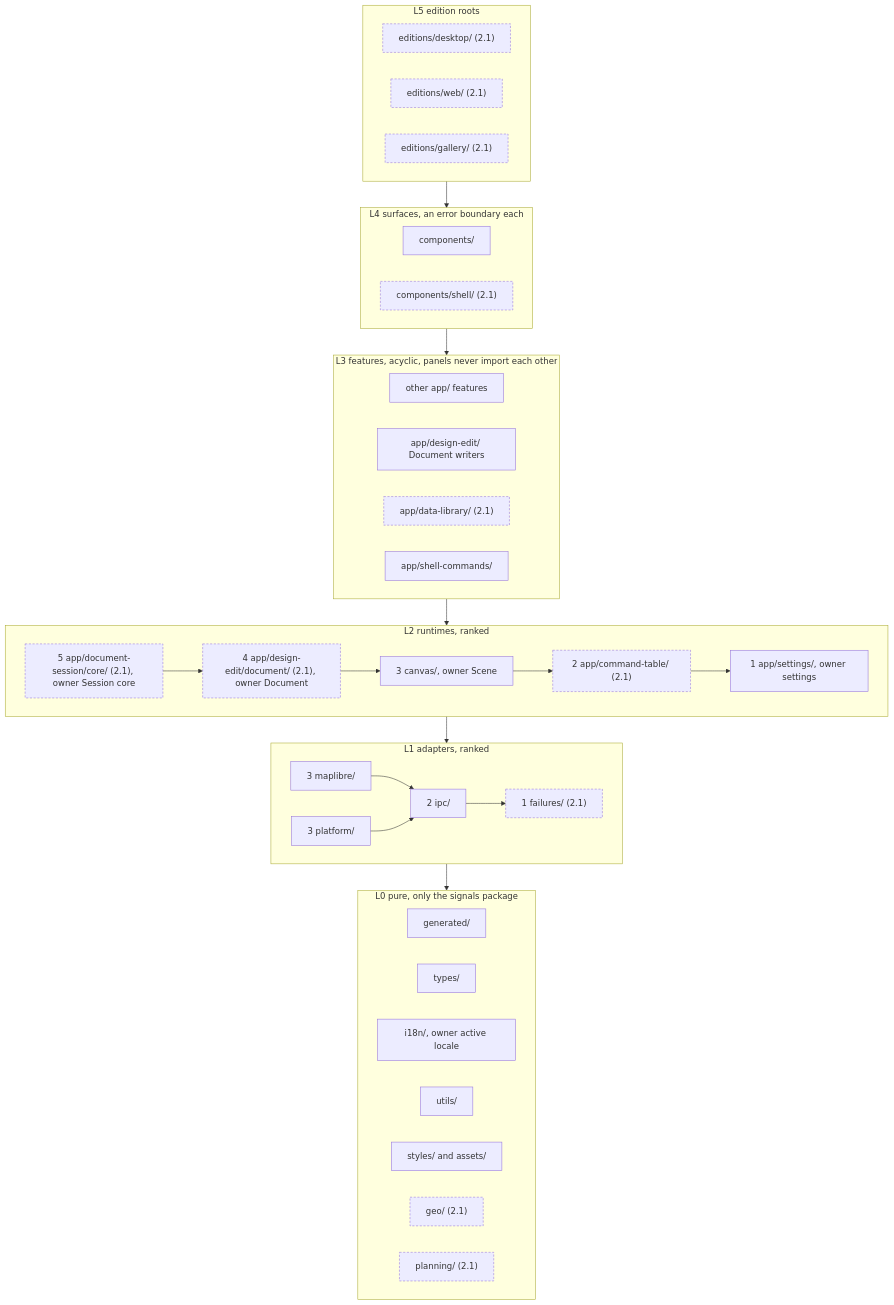
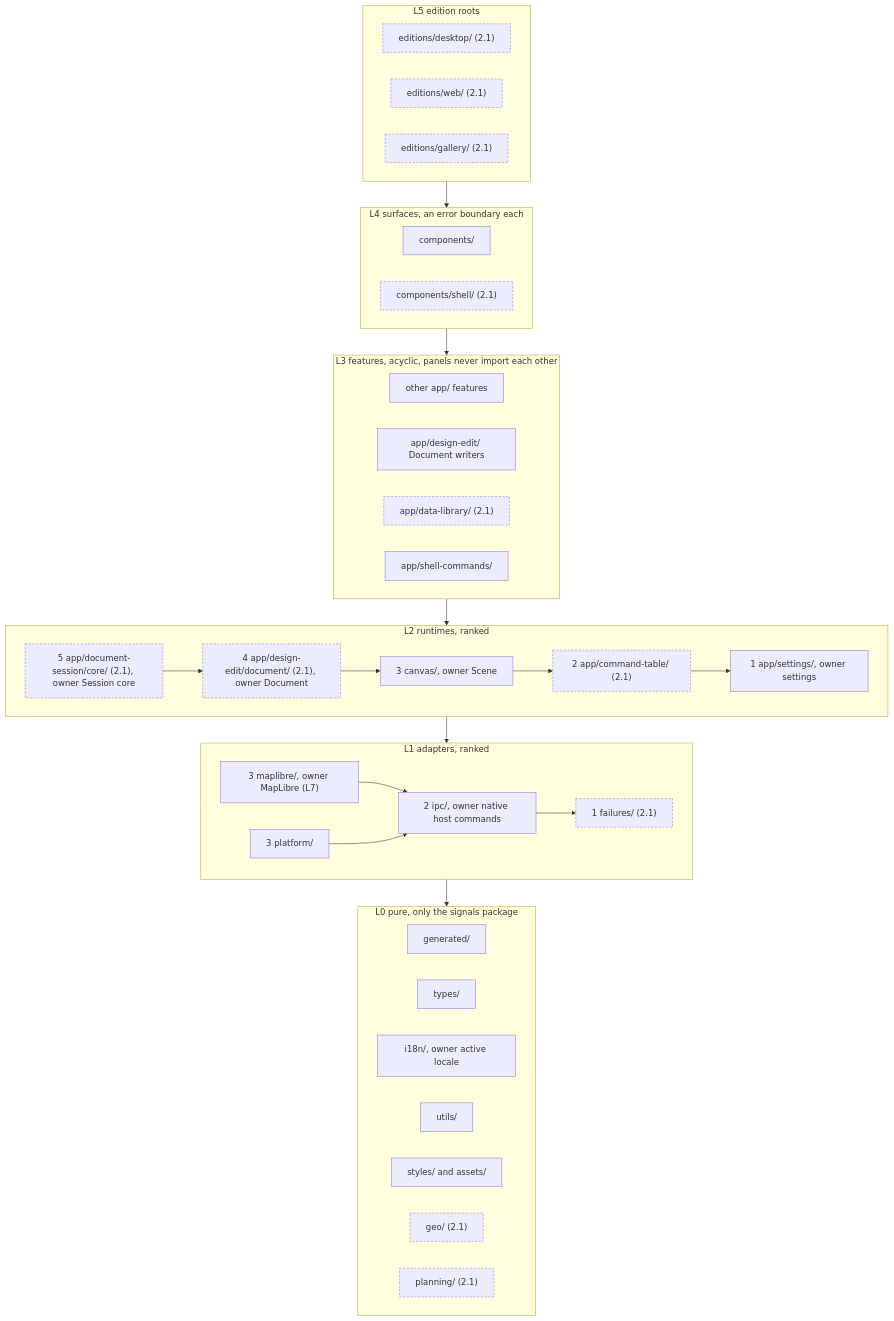
The fourth of 8 diagrams in docs/architecture/components.md (opencanopi/canopi), drawn with Mermaid before and after one commit. The commit also changed other lines of this file and 12 other files, not shown here.

````diff
--- a/docs/architecture/components.md
+++ b/docs/architecture/components.md
@@ -148,53 +148,53 @@
 ```mermaid
 flowchart TB
   classDef target stroke-dasharray: 4 3
   subgraph L5["L5 edition roots"]
     ed["editions/desktop/ (2.1)"]:::target
     ew["editions/web/ (2.1)"]:::target
     eg["editions/gallery/ (2.1)"]:::target
   end
   subgraph L4["L4 surfaces, an error boundary each"]
     comp["components/"]
     shellc["components/shell/ (2.1)"]:::target
   end
   subgraph L3["L3 features, acyclic, panels never import each other"]
     feat["other app/ features"]
     dedit["app/design-edit/ Document writers"]
     dlib["app/data-library/ (2.1)"]:::target
     sc["app/shell-commands/"]
   end
   subgraph L2["L2 runtimes, ranked"]
     set["1 app/settings/, owner settings"]
     cmd["2 app/command-table/ (2.1)"]:::target
     can["3 canvas/, owner Scene"]
     doc["4 app/design-edit/document/ (2.1), owner Document"]:::target
     core["5 app/document-session/core/ (2.1), owner Session core"]:::target
   end
   subgraph L1["L1 adapters, ranked"]
     fail["1 failures/ (2.1)"]:::target
-    ipc["2 ipc/"]
-    ml["3 maplibre/"]
+    ipc["2 ipc/, owner native host commands"]
+    ml["3 maplibre/, owner MapLibre (L7)"]
     plat["3 platform/"]
   end
   subgraph L0["L0 pure, only the signals package"]
     gen["generated/"]
     types["types/"]
     i18n["i18n/, owner active locale"]
     utils["utils/"]
     sty["styles/ and assets/"]
     geo["geo/ (2.1)"]:::target
     plan["planning/ (2.1)"]:::target
   end
   L5 --> L4
   L4 --> L3
   L3 --> L2
   L2 --> L1
   L1 --> L0
   core --> doc
   doc --> can
   can --> cmd
   cmd --> set
   ml --> ipc
   plat --> ipc
   ipc --> fail
 ```
````
